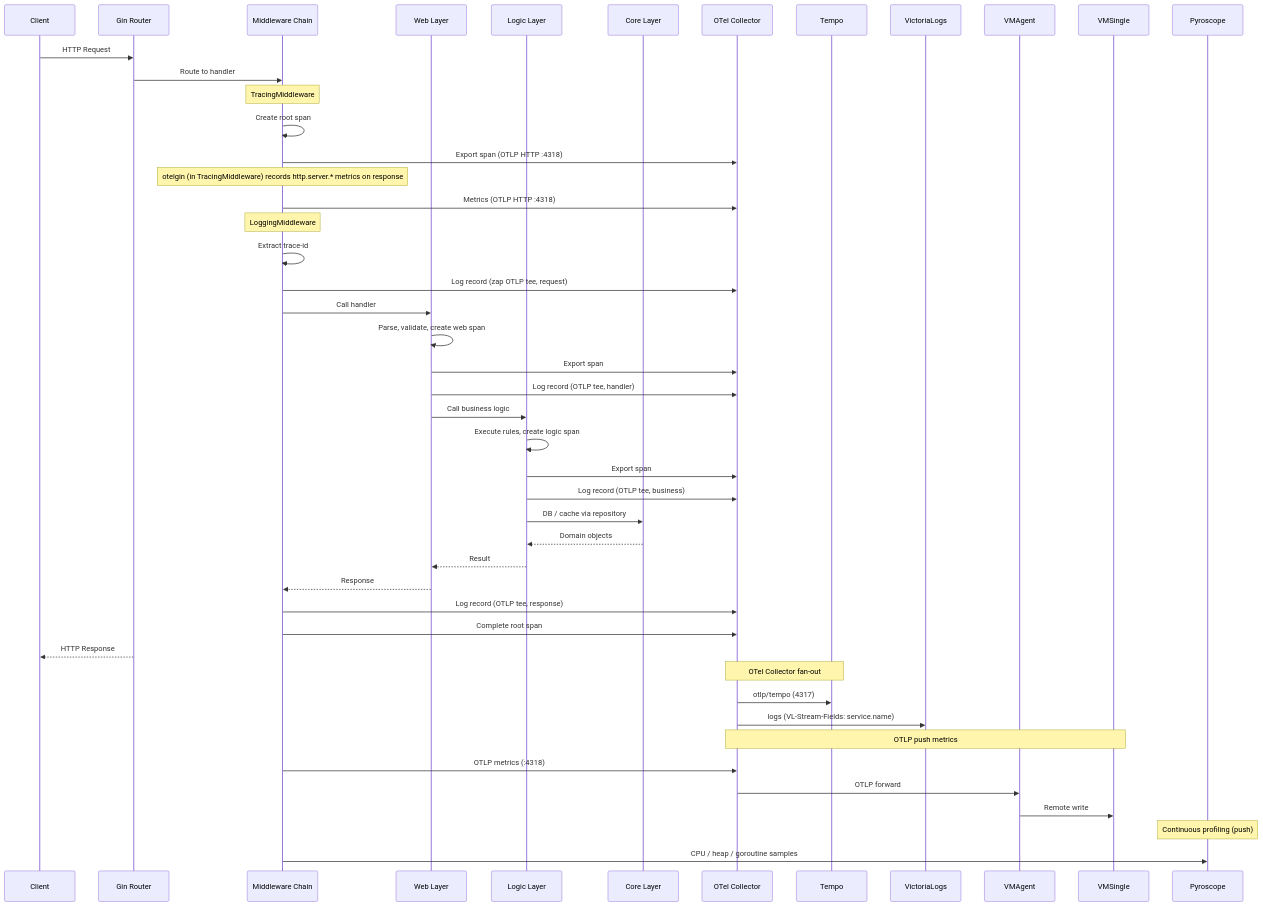
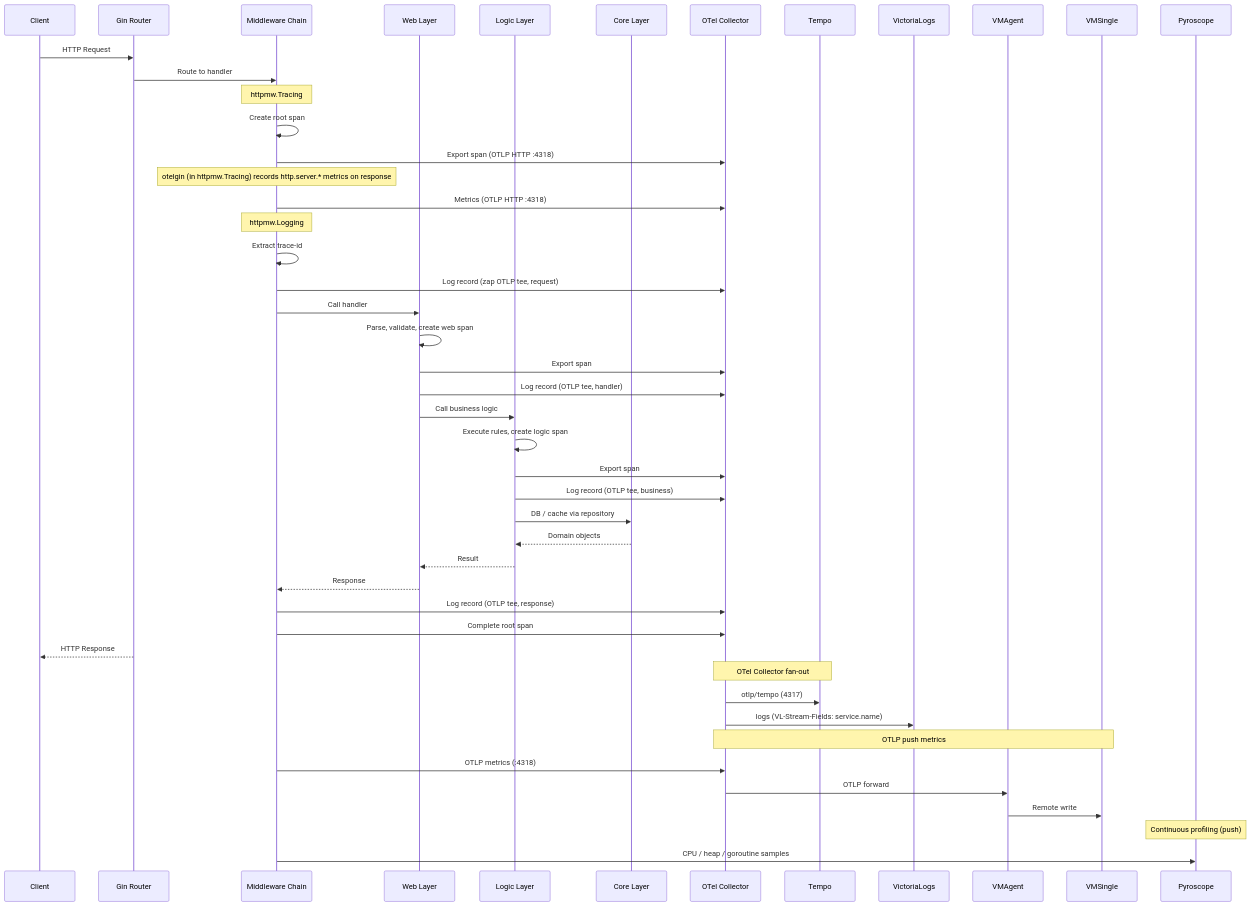
Before and after one commit to duynhlab/homelab: the fourth of 5 diagrams in docs/observability/README.md, drawn with Mermaid. The commit also changed other lines of this file and 12 other files, not shown here.

````diff
--- a/docs/observability/README.md
+++ b/docs/observability/README.md
@@ -175,59 +182,59 @@
 ```mermaid
 sequenceDiagram
     participant Client
     participant Gin as Gin Router
     participant MW as Middleware Chain
     participant Web as Web Layer
     participant Logic as Logic Layer
     participant Core as Core Layer
     participant OTel as OTel Collector
     participant Tempo
     participant VLogs as VictoriaLogs
     participant VMAgent
     participant VMSingle
     participant Pyro as Pyroscope
 
     Client->>Gin: HTTP Request
     Gin->>MW: Route to handler
 
-    Note over MW: TracingMiddleware
+    Note over MW: httpmw.Tracing
     MW->>MW: Create root span
     MW->>OTel: Export span (OTLP HTTP :4318)
 
-    Note over MW: otelgin (in TracingMiddleware) records http.server.* metrics on response
+    Note over MW: otelgin (in httpmw.Tracing) records http.server.* metrics on response
     MW->>OTel: Metrics (OTLP HTTP :4318)
 
-    Note over MW: LoggingMiddleware
+    Note over MW: httpmw.Logging
     MW->>MW: Extract trace-id
     MW->>OTel: Log record (zap OTLP tee, request)
 
     MW->>Web: Call handler
     Web->>Web: Parse, validate, create web span
     Web->>OTel: Export span
     Web->>OTel: Log record (OTLP tee, handler)
     Web->>Logic: Call business logic
 
     Logic->>Logic: Execute rules, create logic span
     Logic->>OTel: Export span
     Logic->>OTel: Log record (OTLP tee, business)
     Logic->>Core: DB / cache via repository
     Core-->>Logic: Domain objects
 
     Logic-->>Web: Result
     Web-->>MW: Response
     MW->>OTel: Log record (OTLP tee, response)
     MW->>OTel: Complete root span
     Gin-->>Client: HTTP Response
 
     Note over OTel,Tempo: OTel Collector fan-out
     OTel->>Tempo: otlp/tempo (4317)
     OTel->>VLogs: logs (VL-Stream-Fields: service.name)
 
     Note over OTel,VMSingle: OTLP push metrics
     MW->>OTel: OTLP metrics (:4318)
     OTel->>VMAgent: OTLP forward
     VMAgent->>VMSingle: Remote write
 
     Note over Pyro: Continuous profiling (push)
     MW->>Pyro: CPU / heap / goroutine samples
 ```
````
